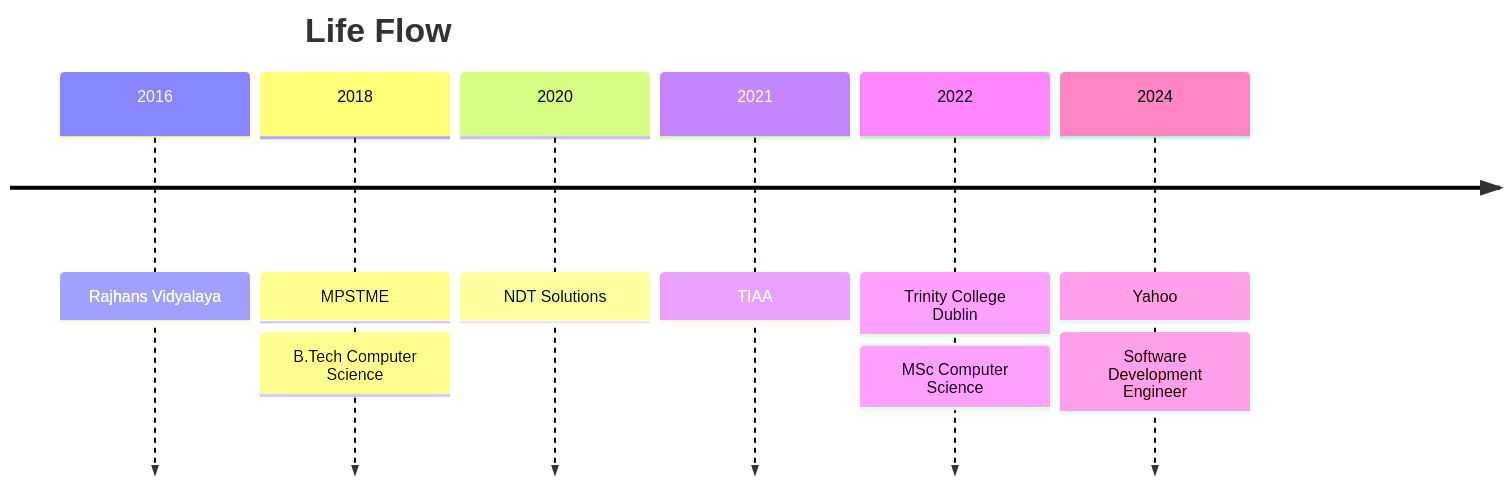
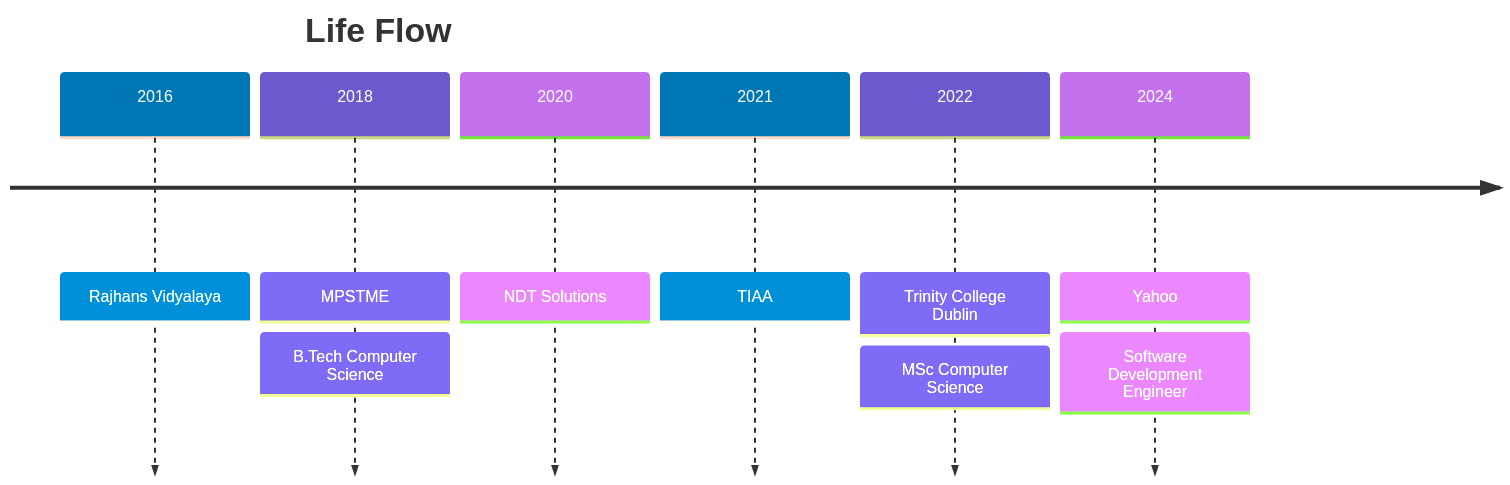
The diagram in README.md (hamzzgab/hamzzgab), drawn with Mermaid before and after one commit. The commit also changed other lines of this file, not shown here.

````diff
--- a/README.md
+++ b/README.md
@@ -58,13 +87,14 @@
 ```mermaid
+%%{init: {'theme':'base','themeVariables':{'cScale0':'#0077B5','cScale1':'#6a5acd','cScale2':'#c471ed','cScale3':'#0077B5','cScale4':'#6a5acd','cScale5':'#c471ed','cScaleLabel0':'#fff','cScaleLabel1':'#fff','cScaleLabel2':'#fff','cScaleLabel3':'#fff','cScaleLabel4':'#fff','cScaleLabel5':'#fff'}}}%%
 timeline
     title Life Flow
     2016 : Rajhans Vidyalaya
     2018 : MPSTME
          : B.Tech Computer Science
     2020 : NDT Solutions
     2021 : TIAA
     2022 : Trinity College Dublin
          : MSc Computer Science
     2024 : Yahoo
          : Software Development Engineer
 ```
````
